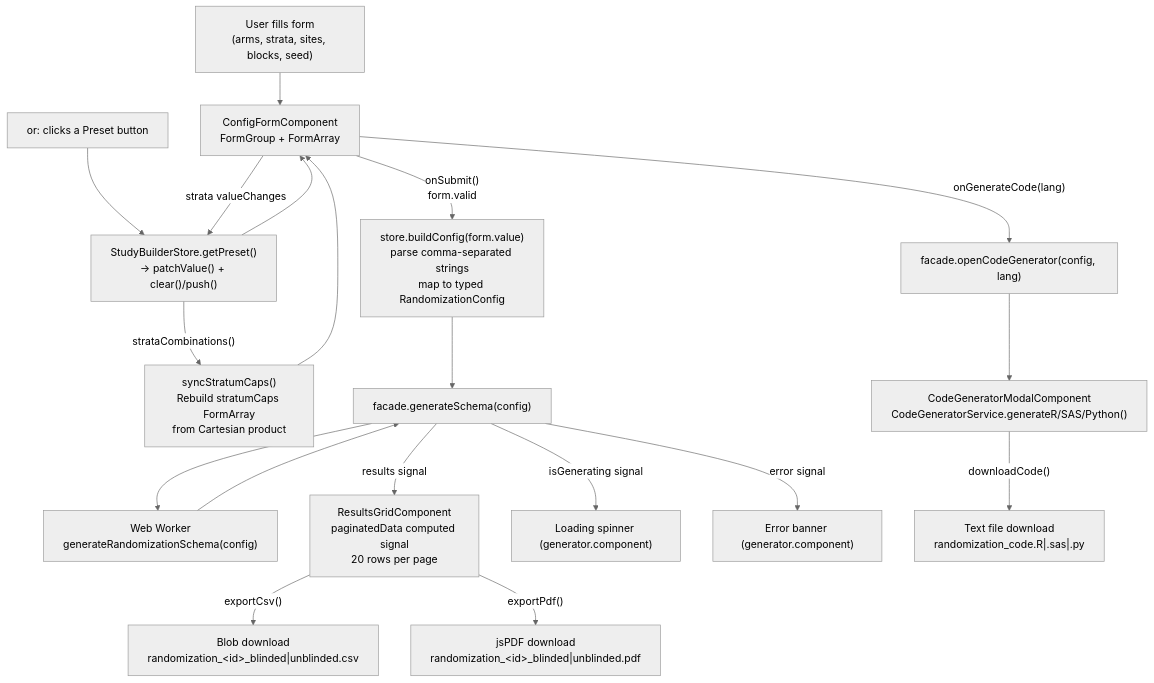
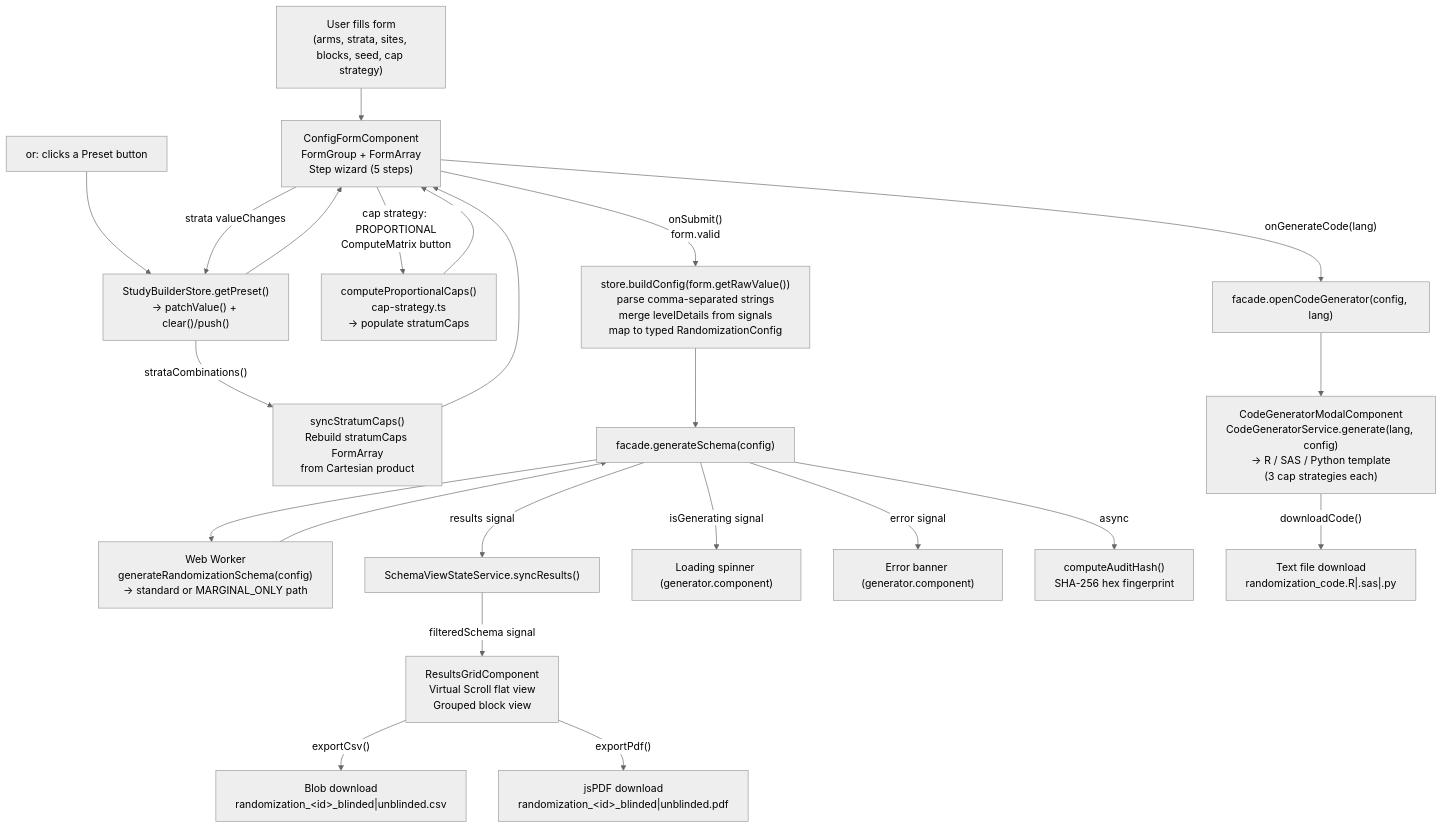
Before and after one commit to fderuiter/Equipose: the eighth of 17 diagrams in docs/ARCHITECTURE.md, drawn with Mermaid (neutral theme). The commit also changed other lines of this file and 5 other files, not shown here.

First line of the commit message:
fix: review 4084891193 — ARIA radiogroup, label for/id, globalCap validators, validateMarginalOnly guard, NaN validation, name-based levelDetails lookup + ARCHITECTURE.md update

````diff
--- a/docs/ARCHITECTURE.md
+++ b/docs/ARCHITECTURE.md
@@ -415,29 +618,34 @@
 ```mermaid
 flowchart TD
-    USER["User fills form\n(arms, strata, sites, blocks, seed)"]
+    USER["User fills form\n(arms, strata, sites, blocks, seed, cap strategy)"]
     PRESET["or: clicks a Preset button"]
 
-    USER --> FORM3["ConfigFormComponent\nFormGroup + FormArray"]
+    USER --> FORM3["ConfigFormComponent\nFormGroup + FormArray\nStep wizard (5 steps)"]
     PRESET --> STORE3["StudyBuilderStore.getPreset()\n→ patchValue() + clear()/push()"]
     STORE3 --> FORM3
 
     FORM3 -- "strata valueChanges" --> STORE3
     STORE3 -- "strataCombinations()" --> CAPS["syncStratumCaps()\nRebuild stratumCaps FormArray\nfrom Cartesian product"]
     CAPS --> FORM3
 
-    FORM3 -- "onSubmit()\nform.valid" --> BUILDCONFIG["store.buildConfig(form.value)\nparse comma-separated strings\nmap to typed RandomizationConfig"]
+    FORM3 -- "cap strategy: PROPORTIONAL\nComputeMatrix button" --> LRM["computeProportionalCaps()\ncap-strategy.ts\n→ populate stratumCaps"]
+    LRM --> FORM3
+
+    FORM3 -- "onSubmit()\nform.valid" --> BUILDCONFIG["store.buildConfig(form.getRawValue())\nparse comma-separated strings\nmerge levelDetails from signals\nmap to typed RandomizationConfig"]
     BUILDCONFIG --> FACADE3["facade.generateSchema(config)"]
 
-    FACADE3 --> WORKER3["Web Worker\ngenerateRandomizationSchema(config)"]
+    FACADE3 --> WORKER3["Web Worker\ngenerateRandomizationSchema(config)\n→ standard or MARGINAL_ONLY path"]
     WORKER3 --> FACADE3
-    FACADE3 -- "results signal" --> GRID["ResultsGridComponent\npaginatedData computed signal\n20 rows per page"]
+    FACADE3 -- "results signal" --> VSSTATE3["SchemaViewStateService.syncResults()"]
+    VSSTATE3 -- "filteredSchema signal" --> GRID["ResultsGridComponent\nVirtual Scroll flat view\nGrouped block view"]
     FACADE3 -- "isGenerating signal" --> SPINNER["Loading spinner (generator.component)"]
     FACADE3 -- "error signal" --> ERRMSG["Error banner (generator.component)"]
+    FACADE3 -- "async" --> HASH["computeAuditHash()\nSHA-256 hex fingerprint"]
 
     GRID -- "exportCsv()" --> CSV["Blob download\nrandomization_&lt;id&gt;_blinded|unblinded.csv"]
     GRID -- "exportPdf()" --> PDF["jsPDF download\nrandomization_&lt;id&gt;_blinded|unblinded.pdf"]
 
     FORM3 -- "onGenerateCode(lang)" --> CODEMODALOPEN["facade.openCodeGenerator(config, lang)"]
-    CODEMODALOPEN --> MODAL3["CodeGeneratorModalComponent\nCodeGeneratorService.generateR/SAS/Python()"]
+    CODEMODALOPEN --> MODAL3["CodeGeneratorModalComponent\nCodeGeneratorService.generate(lang, config)\n→ R / SAS / Python template\n(3 cap strategies each)"]
     MODAL3 -- "downloadCode()" --> SCRIPT["Text file download\nrandomization_code.R|.sas|.py"]
 ```
````
